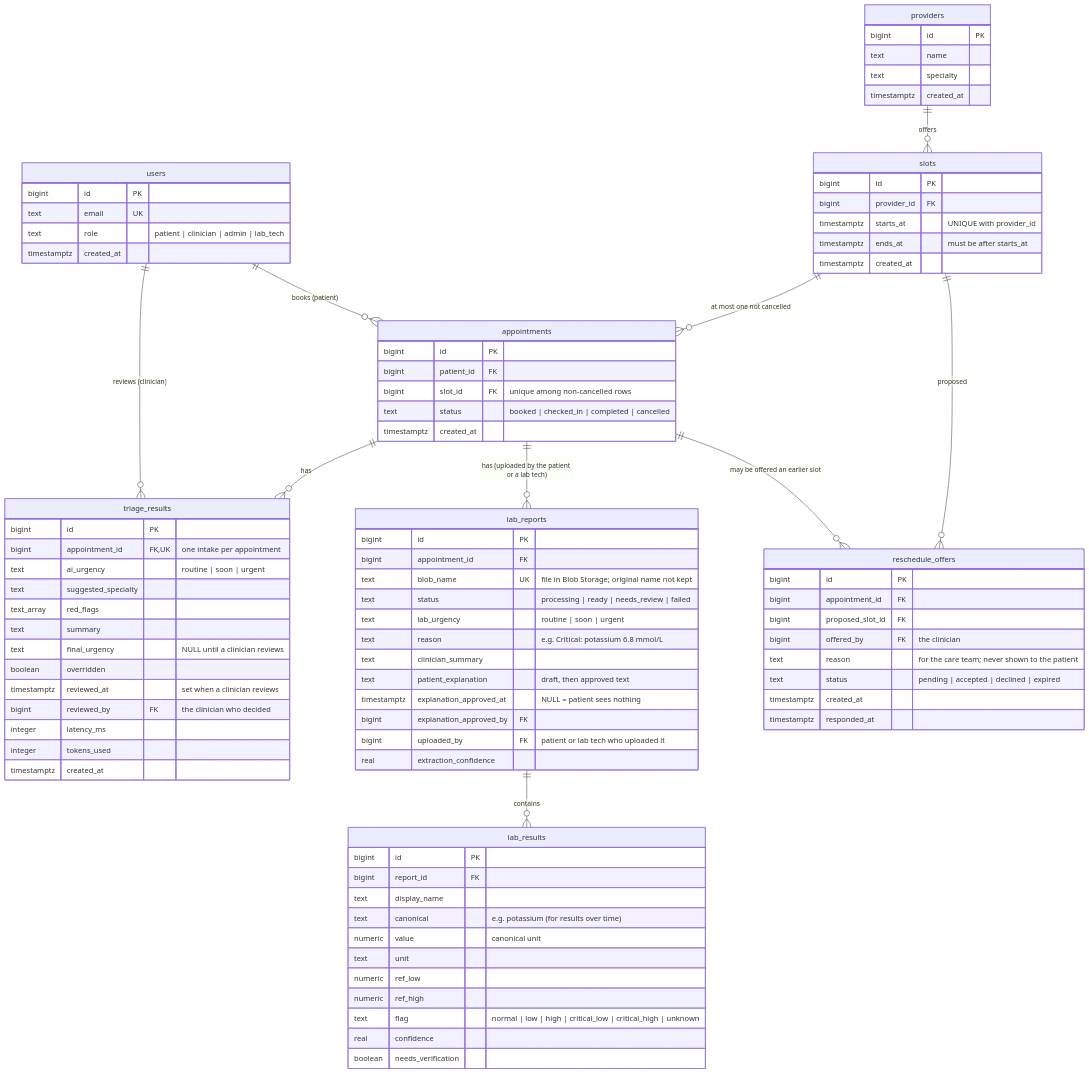
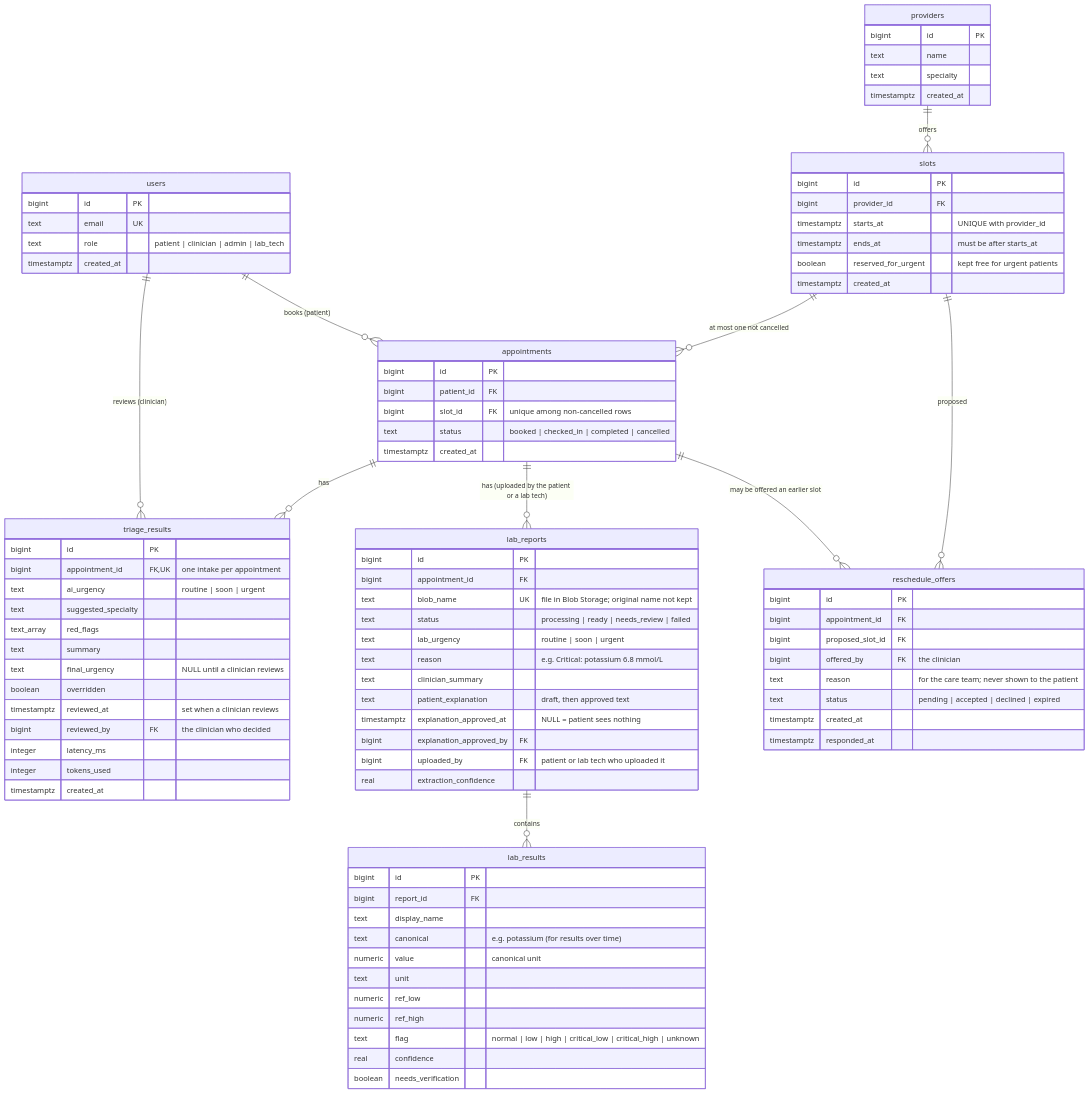
The diagram in docs/schema.md (TilokJahan/Clinic-portal), drawn with Mermaid before and after one commit. The commit also changed other lines of this file and 22 other files, not shown here.

First line of the commit message:
Never a dead end when nothing is free in time; urgent reserve

```diff
--- a/docs/schema.md
+++ b/docs/schema.md
@@ -36,6 +38,7 @@
         bigint provider_id FK
         timestamptz starts_at "UNIQUE with provider_id"
         timestamptz ends_at "must be after starts_at"
+        boolean reserved_for_urgent "kept free for urgent patients"
         timestamptz created_at
     }
     appointments {
```
